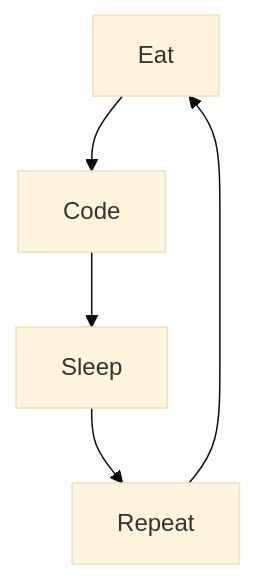
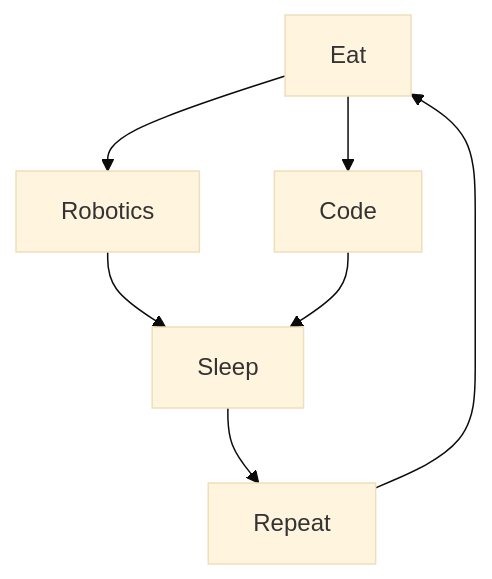
Before and after one commit to AwesomeMarley/AwesomeMarley: the diagram in Readme.md, drawn with Mermaid (base theme).

````diff
--- a/Readme.md
+++ b/Readme.md
@@ -5,7 +5,9 @@
 ```mermaid
 graph TD;
+    Eat-->Robotics;
+    Robotics-->Sleep;
     Eat-->Code;
     Code-->Sleep;
     Sleep-->Repeat;
     Repeat-->Eat;
 ```
````
